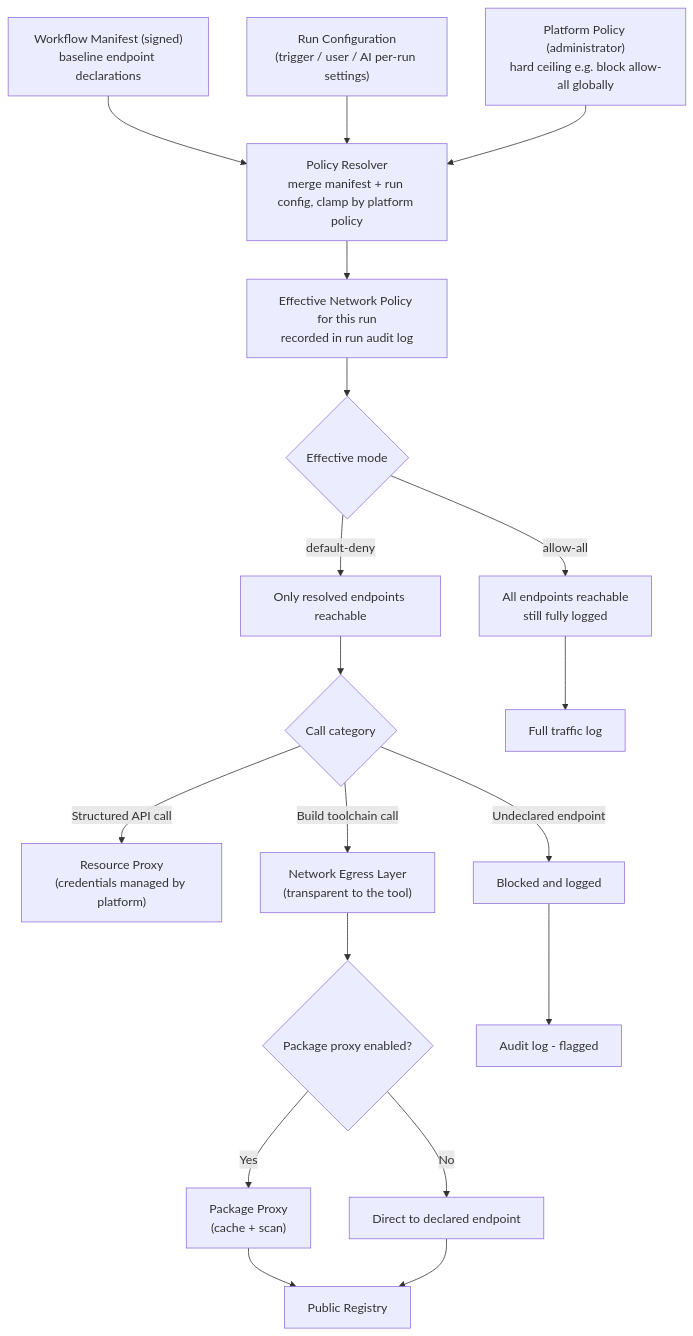
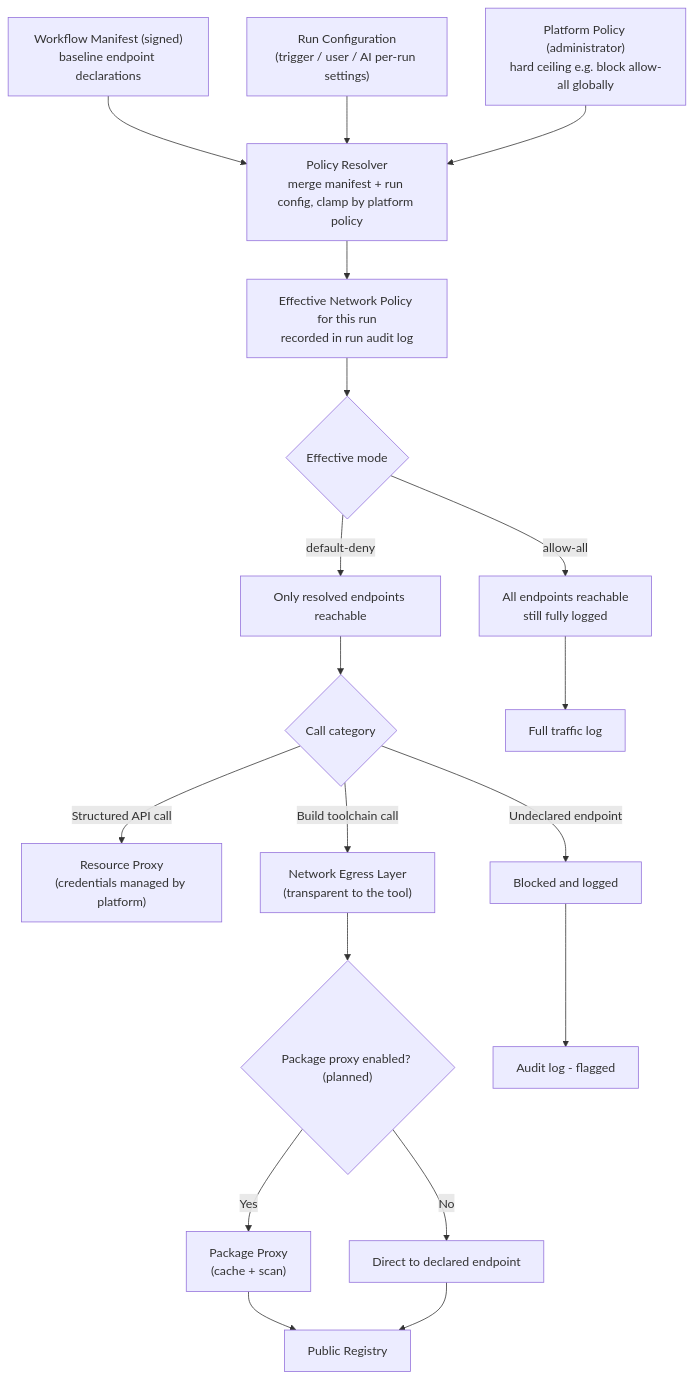
One commit to FelixKlakow/Auxilia changed the eighth of 14 diagrams in docs/ARCHITECTURE.md. Above: the diagram before and after it, drawn with Mermaid. The commit also changed other lines of this file and 10 other files, not shown here.

````diff
--- a/docs/ARCHITECTURE.md
+++ b/docs/ARCHITECTURE.md
@@ -709,29 +722,29 @@
 ```mermaid
 flowchart TD
     MANIFEST["Workflow Manifest (signed)\nbaseline endpoint declarations"]
     RUNCONFIG["Run Configuration\n(trigger / user / AI per-run settings)"]
     PLATFORM["Platform Policy (administrator)\nhard ceiling e.g. block allow-all globally"]
 
     MANIFEST --> MERGE["Policy Resolver\nmerge manifest + run config, clamp by platform policy"]
     RUNCONFIG --> MERGE
     PLATFORM --> MERGE
 
     MERGE --> EFFECTIVE["Effective Network Policy for this run\nrecorded in run audit log"]
     EFFECTIVE --> MODE{Effective mode}
     MODE -->|default-deny| ALLOWLIST["Only resolved endpoints reachable"]
     MODE -->|allow-all| ALLOWALL["All endpoints reachable\nstill fully logged"]
 
     ALLOWLIST --> CAT{Call category}
     CAT -->|Structured API call| PROXY["Resource Proxy\n(credentials managed by platform)"]
     CAT -->|Build toolchain call| EGRESS["Network Egress Layer\n(transparent to the tool)"]
     CAT -->|Undeclared endpoint| BLOCK["Blocked and logged"]
 
-    EGRESS --> PKG_CHECK{Package proxy enabled?}
+    EGRESS --> PKG_CHECK{"Package proxy enabled? (planned)"}
     PKG_CHECK -->|Yes| PKG_PROXY["Package Proxy\n(cache + scan)"]
     PKG_CHECK -->|No| DIRECT["Direct to declared endpoint"]
     PKG_PROXY --> REG["Public Registry"]
     DIRECT --> REG
 
     ALLOWALL --> LOG["Full traffic log"]
     BLOCK --> AUDIT["Audit log - flagged"]
 ```
````
